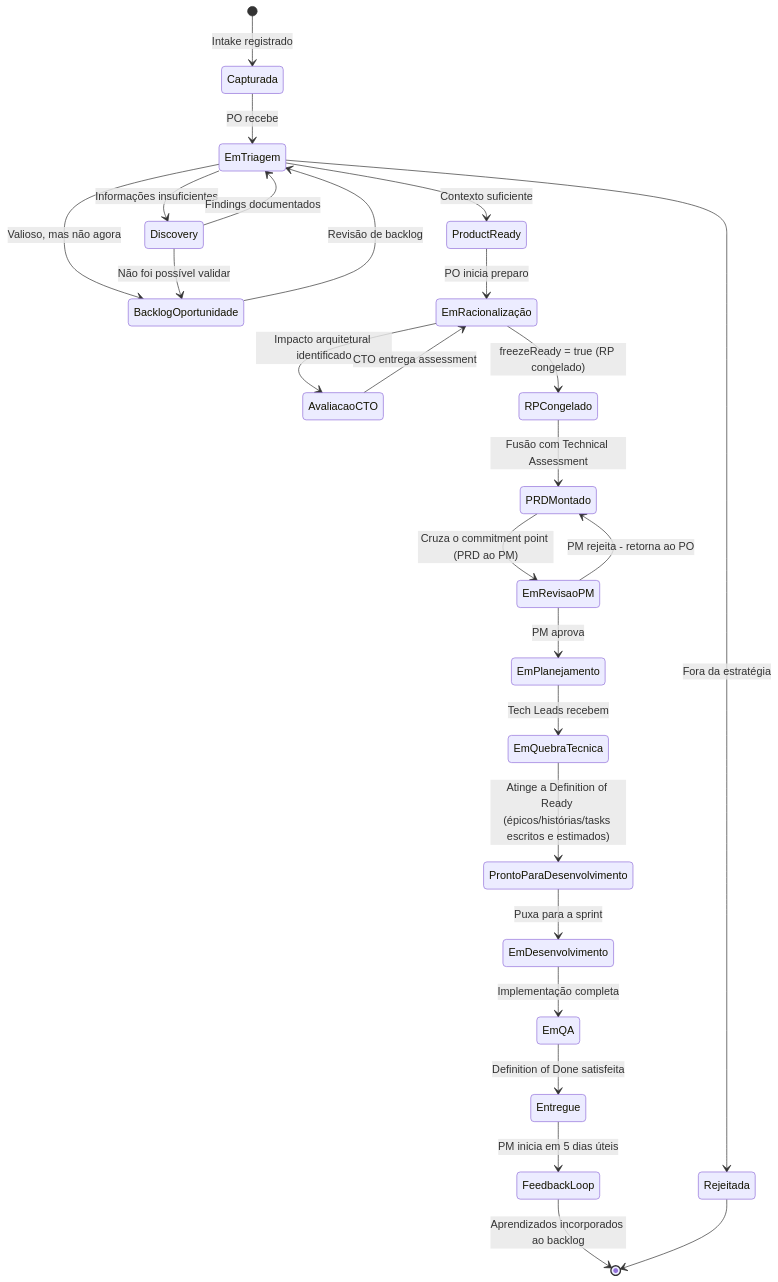
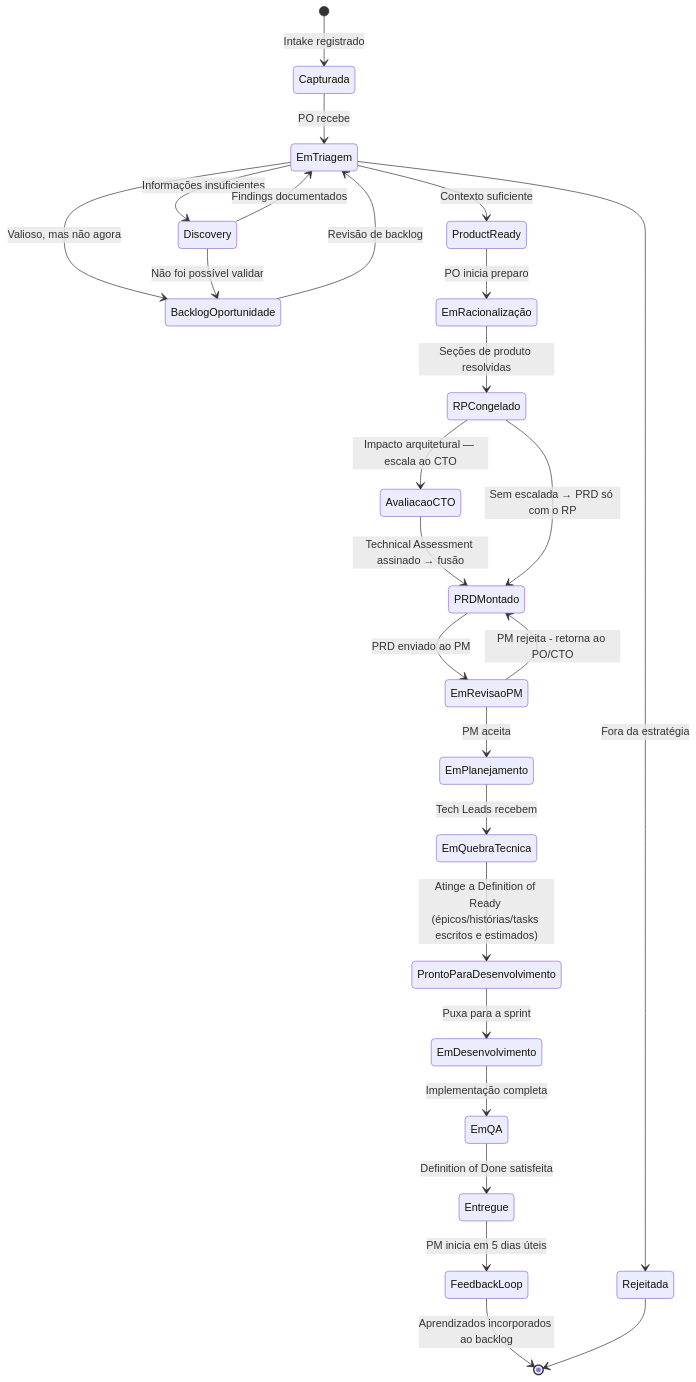
Before and after one commit to hugo-hsbtech/teamwork-process: the ninth of 11 diagrams in README.md, drawn with Mermaid. The commit also changed other lines of this file and 46 other files, not shown here.

````diff
--- a/README.md
+++ b/README.md
@@ -446,38 +446,37 @@
 ```mermaid
 stateDiagram-v2
     [*] --> Capturada : Intake registrado
 
     Capturada --> EmTriagem : PO recebe
 
     EmTriagem --> Rejeitada : Fora da estratégia
     EmTriagem --> BacklogOportunidade : Valioso, mas não agora
     EmTriagem --> Discovery : Informações insuficientes
     EmTriagem --> ProductReady : Contexto suficiente
 
     Discovery --> EmTriagem : Findings documentados
     Discovery --> BacklogOportunidade : Não foi possível validar
 
     ProductReady --> EmRacionalização : PO inicia preparo
 
-    EmRacionalização --> AvaliacaoCTO : Impacto arquitetural identificado
-    AvaliacaoCTO --> EmRacionalização : CTO entrega assessment
+    EmRacionalização --> RPCongelado : Seções de produto resolvidas
+    RPCongelado --> AvaliacaoCTO : Impacto arquitetural — escala ao CTO
+    AvaliacaoCTO --> PRDMontado : Technical Assessment assinado → fusão
+    RPCongelado --> PRDMontado : Sem escalada → PRD só com o RP
 
-    EmRacionalização --> RPCongelado : freezeReady = true (RP congelado)
-    RPCongelado --> PRDMontado : Fusão com Technical Assessment
-
-    PRDMontado --> EmRevisaoPM : Cruza o commitment point (PRD ao PM)
-    EmRevisaoPM --> PRDMontado : PM rejeita - retorna ao PO
-    EmRevisaoPM --> EmPlanejamento : PM aprova
+    PRDMontado --> EmRevisaoPM : PRD enviado ao PM
+    EmRevisaoPM --> PRDMontado : PM rejeita - retorna ao PO/CTO
+    EmRevisaoPM --> EmPlanejamento : PM aceita
 
     EmPlanejamento --> EmQuebraTecnica : Tech Leads recebem
     EmQuebraTecnica --> ProntoParaDesenvolvimento : Atinge a Definition of Ready (épicos/histórias/tasks escritos e estimados)
     ProntoParaDesenvolvimento --> EmDesenvolvimento : Puxa para a sprint
     EmDesenvolvimento --> EmQA : Implementação completa
     EmQA --> Entregue : Definition of Done satisfeita
 
     Entregue --> FeedbackLoop : PM inicia em 5 dias úteis
     FeedbackLoop --> [*] : Aprendizados incorporados ao backlog
 
     Rejeitada --> [*]
     BacklogOportunidade --> EmTriagem : Revisão de backlog
 ```
````
